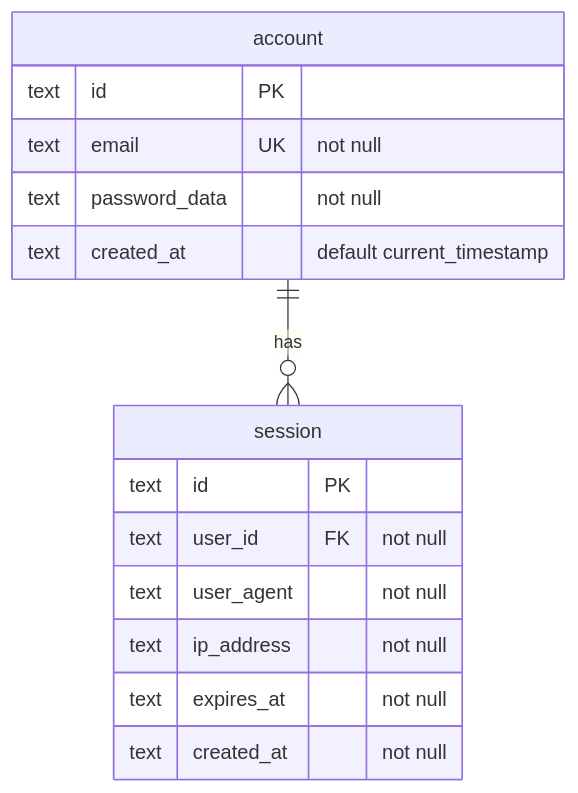
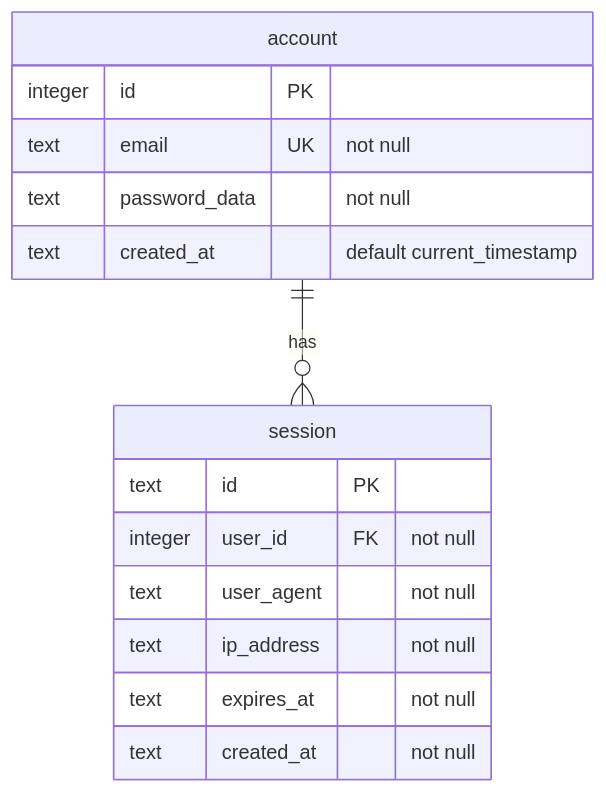
One commit to vhscom/private-landing changed the diagram in README.md. Above: the diagram before and after it, drawn with Mermaid. The commit also changed other lines of this file and 3 other files, not shown here.

````diff
--- a/README.md
+++ b/README.md
@@ -7,19 +11,19 @@
 ```mermaid
 erDiagram
-   account {
-      text id PK
-      text email UK "not null"
-      text password_data "not null"
-      text created_at "default current_timestamp"
-   }
-   session {
-      text id PK
-      text user_id FK "not null"
-      text user_agent "not null"
-      text ip_address "not null"
-      text expires_at "not null"
-      text created_at "not null"
-   }
+    account {
+        integer id PK
+        text email UK "not null"
+        text password_data "not null"
+        text created_at "default current_timestamp"
+    }
+    session {
+        text id PK
+        integer user_id FK "not null"
+        text user_agent "not null"
+        text ip_address "not null"
+        text expires_at "not null"
+        text created_at "not null"
+    }
 
-   account ||--o{ session : "has"
+    account ||--o{ session : "has"
 ```
````
